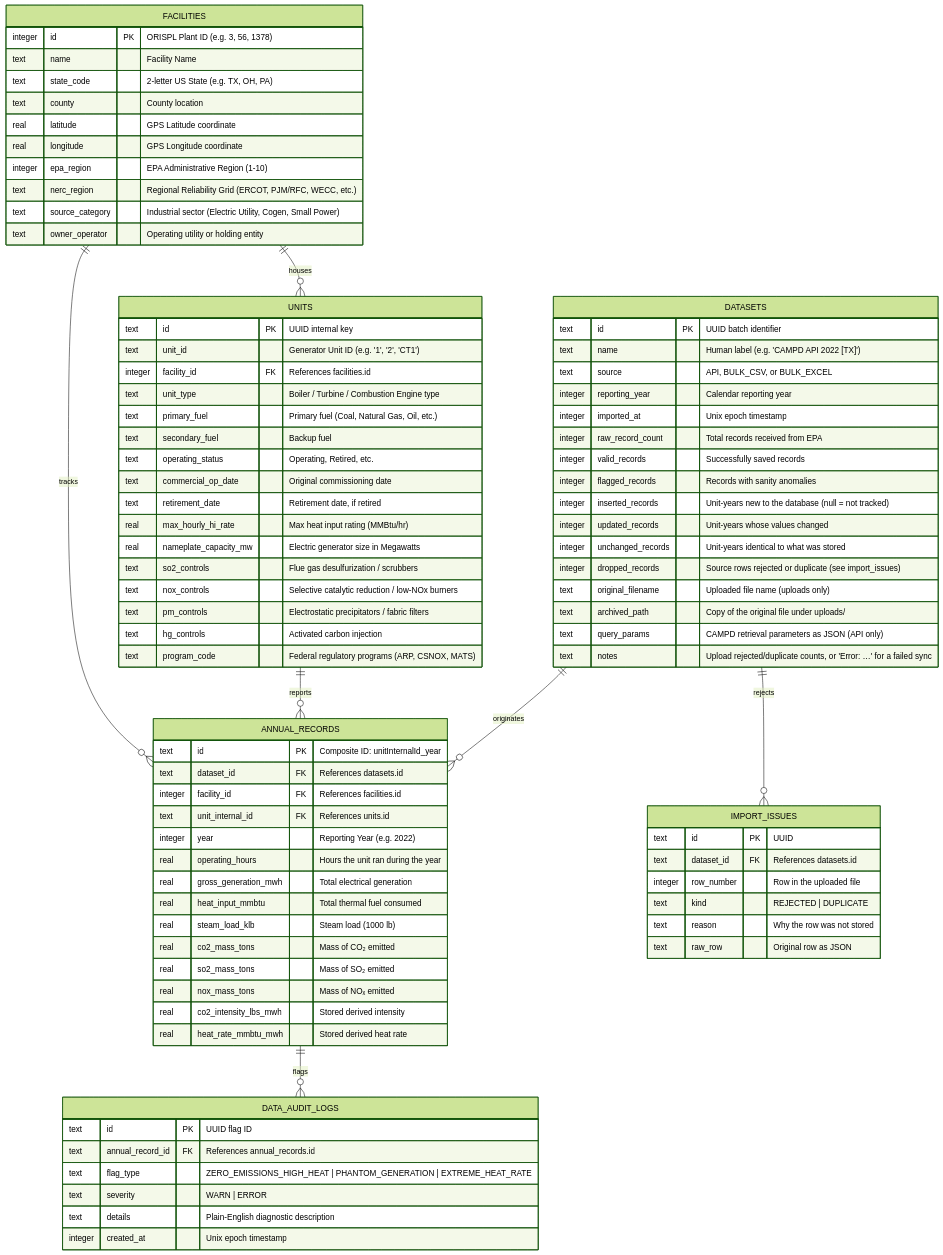
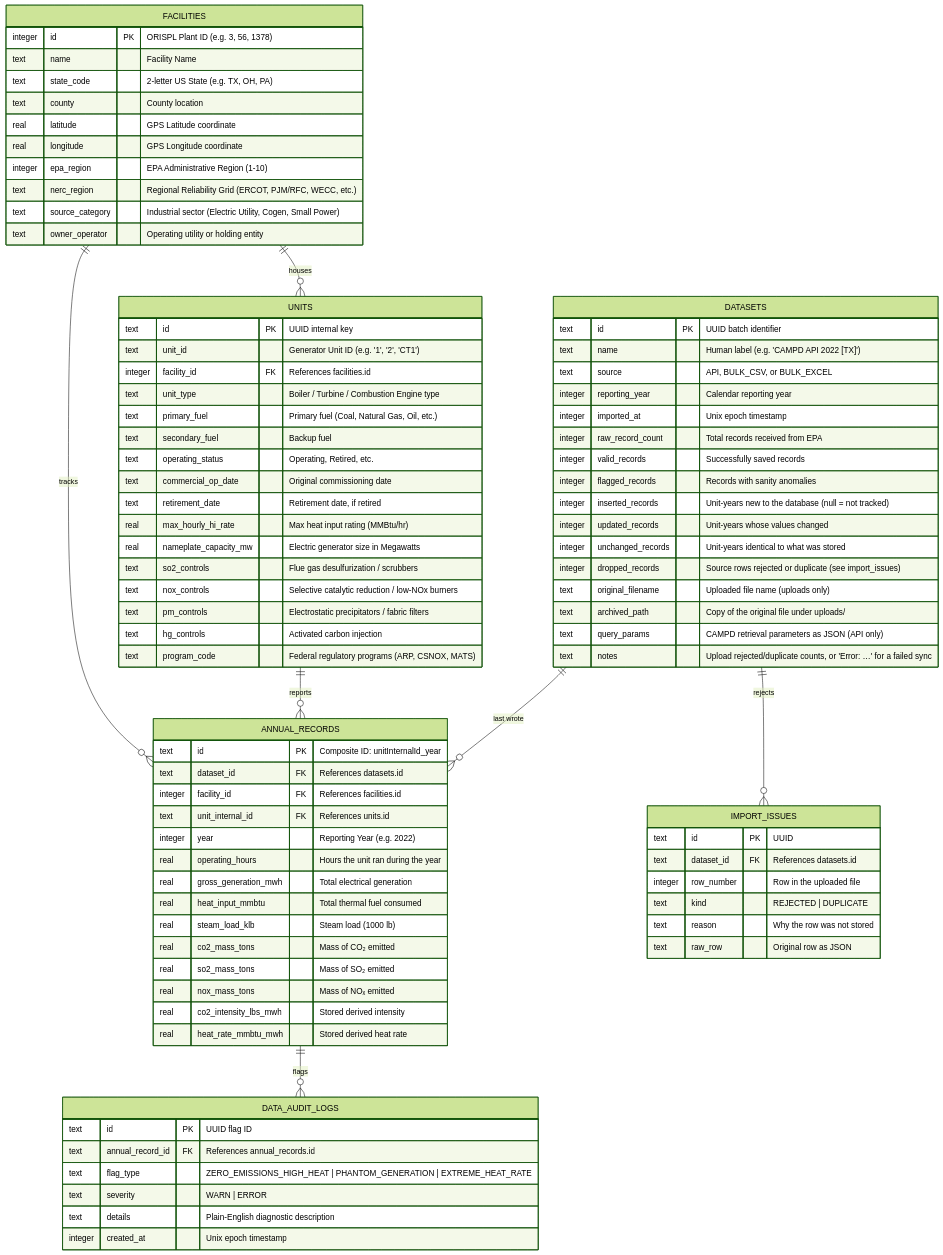
One commit to raajbanga/cs396-project changed the second of 4 diagrams in DATABASE_BREAKDOWN.md. Above: the diagram before and after it, drawn with Mermaid (forest theme). The commit also changed other lines of this file and 26 other files, not shown here.

```diff
--- a/DATABASE_BREAKDOWN.md
+++ b/DATABASE_BREAKDOWN.md
@@ -80,7 +78,7 @@
     FACILITIES ||--o{ UNITS : "houses"
     FACILITIES ||--o{ ANNUAL_RECORDS : "tracks"
     UNITS ||--o{ ANNUAL_RECORDS : "reports"
-    DATASETS ||--o{ ANNUAL_RECORDS : "originates"
+    DATASETS ||--o{ ANNUAL_RECORDS : "last wrote"
     ANNUAL_RECORDS ||--o{ DATA_AUDIT_LOGS : "flags"
     DATASETS ||--o{ IMPORT_ISSUES : "rejects"
 
```
